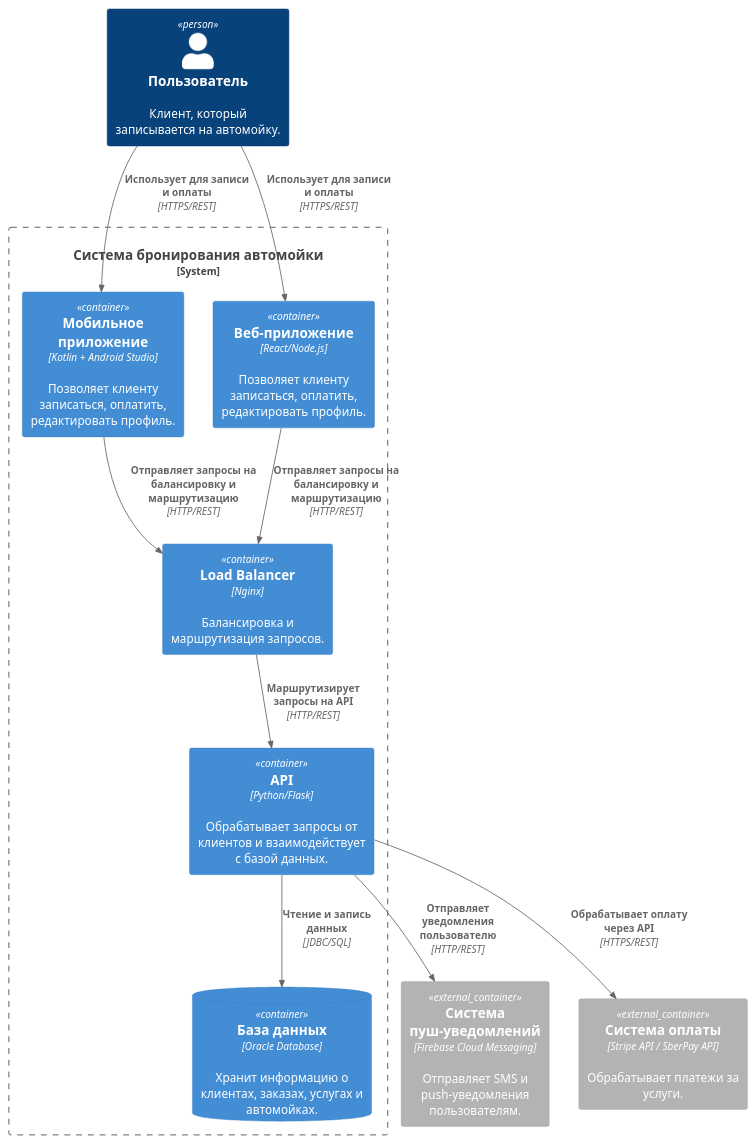
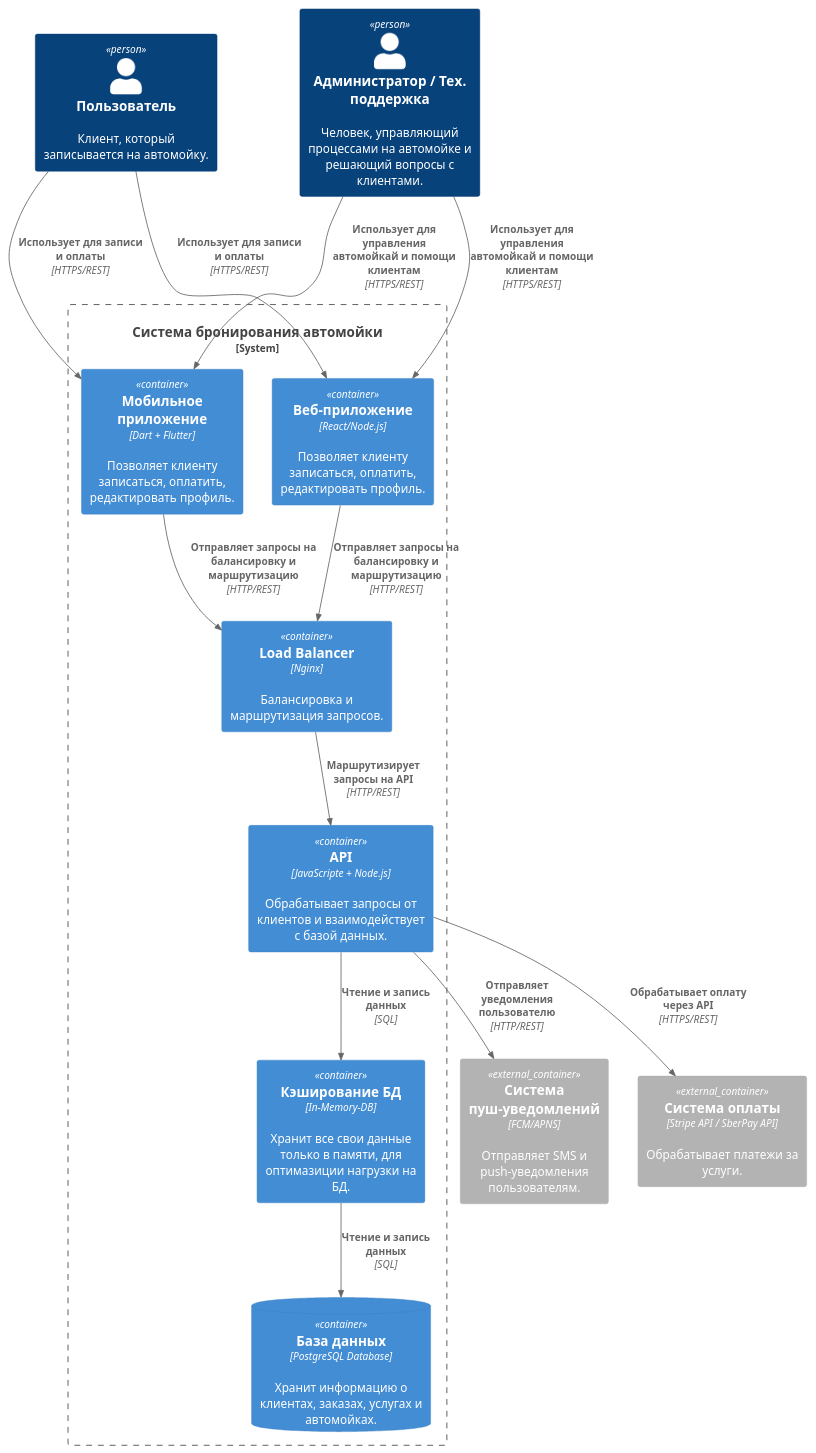
One commit to MovingX/Integration-of-information-systems changed the third of 4 diagrams in README.md. Above: the diagram before and after it, drawn with PlantUML.

````diff
--- a/README.md
+++ b/README.md
@@ -482,37 +482,40 @@
 ```plantuml
 
 @startuml
 !include https://raw.githubusercontent.com/plantuml-stdlib/C4-PlantUML/master/C4_Container.puml
 
 ' Пользователь системы
 Person(user, "Пользователь", "Клиент, который записывается на автомойку.")
+Person(admin, "Администратор / Тех. поддержка", "Человек, управляющий процессами на автомойке и решающий вопросы с клиентами.")
 
 ' Граница системы
 System_Boundary(c2, "Система бронирования автомойки") {
-    Container(mobileApp, "Мобильное приложение", "Kotlin + Android Studio", "Позволяет клиенту записаться, оплатить, редактировать профиль.")
+    Container(mobileApp, "Мобильное приложение", "Dart + Flutter", "Позволяет клиенту записаться, оплатить, редактировать профиль.")
     Container(webApp, "Веб-приложение", "React/Node.js", "Позволяет клиенту записаться, оплатить, редактировать профиль.")
     Container(loadBalancer, "Load Balancer", "Nginx", "Балансировка и маршрутизация запросов.")
-    Container(api, "API", "Python/Flask", "Обрабатывает запросы от клиентов и взаимодействует с базой данных.")
-    ContainerDb(database, "База данных", "Oracle Database", "Хранит информацию о клиентах, заказах, услугах и автомойках.")
+    Container(api, "API", "JavaScripte + Node.js", "Обрабатывает запросы от клиентов и взаимодействует с базой данных.")
+    Container(InMemoryDB, "Кэширование БД", "In-Memory-DB", "Хранит все свои данные только в памяти, для оптимазиции нагрузки на БД.")
+    ContainerDb(database, "База данных", "PostgreSQL Database", "Хранит информацию о клиентах, заказах, услугах и автомойках.")
 }
 
-' Внешние системы вне границы
-Container_Ext(notificationSystem, "Система пуш-уведомлений", "Firebase Cloud Messaging", "Отправляет SMS и push-уведомления пользователям.")
+Container_Ext(notificationSystem, "Система пуш-уведомлений", "FCM/APNS", "Отправляет SMS и push-уведомления пользователям.")
 Container_Ext(paymentSystem, "Система оплаты", "Stripe API / SberPay API", "Обрабатывает платежи за услуги.")
 
-' Связи пользователя с системой
 Rel(user, mobileApp, "Использует для записи и оплаты", "HTTPS/REST")
 Rel(user, webApp, "Использует для записи и оплаты", "HTTPS/REST")
 
-' Внутренние связи
+Rel(admin, mobileApp, "Использует для управления автомойкай и помощи клиентам", "HTTPS/REST")
+Rel(admin, webApp, "Использует для управления автомойкай и помощи клиентам", "HTTPS/REST")
+
 Rel(mobileApp, loadBalancer, "Отправляет запросы на балансировку и маршрутизацию", "HTTP/REST") 
 Rel(webApp, loadBalancer, "Отправляет запросы на балансировку и маршрутизацию", "HTTP/REST")
 Rel(loadBalancer, api, "Маршрутизирует запросы на API", "HTTP/REST")
-Rel(api, database, "Чтение и запись данных", "JDBC/SQL")
 
-' Взаимодействие с внешними системами
+Rel(api, InMemoryDB, "Чтение и запись данных", "SQL")
+Rel(InMemoryDB, database, "Чтение и запись данных", "SQL")
+
 Rel(api, notificationSystem, "Отправляет уведомления пользователю", "HTTP/REST")
 Rel(api, paymentSystem, "Обрабатывает оплату через API", "HTTPS/REST")
 @enduml
 
 ```
````
